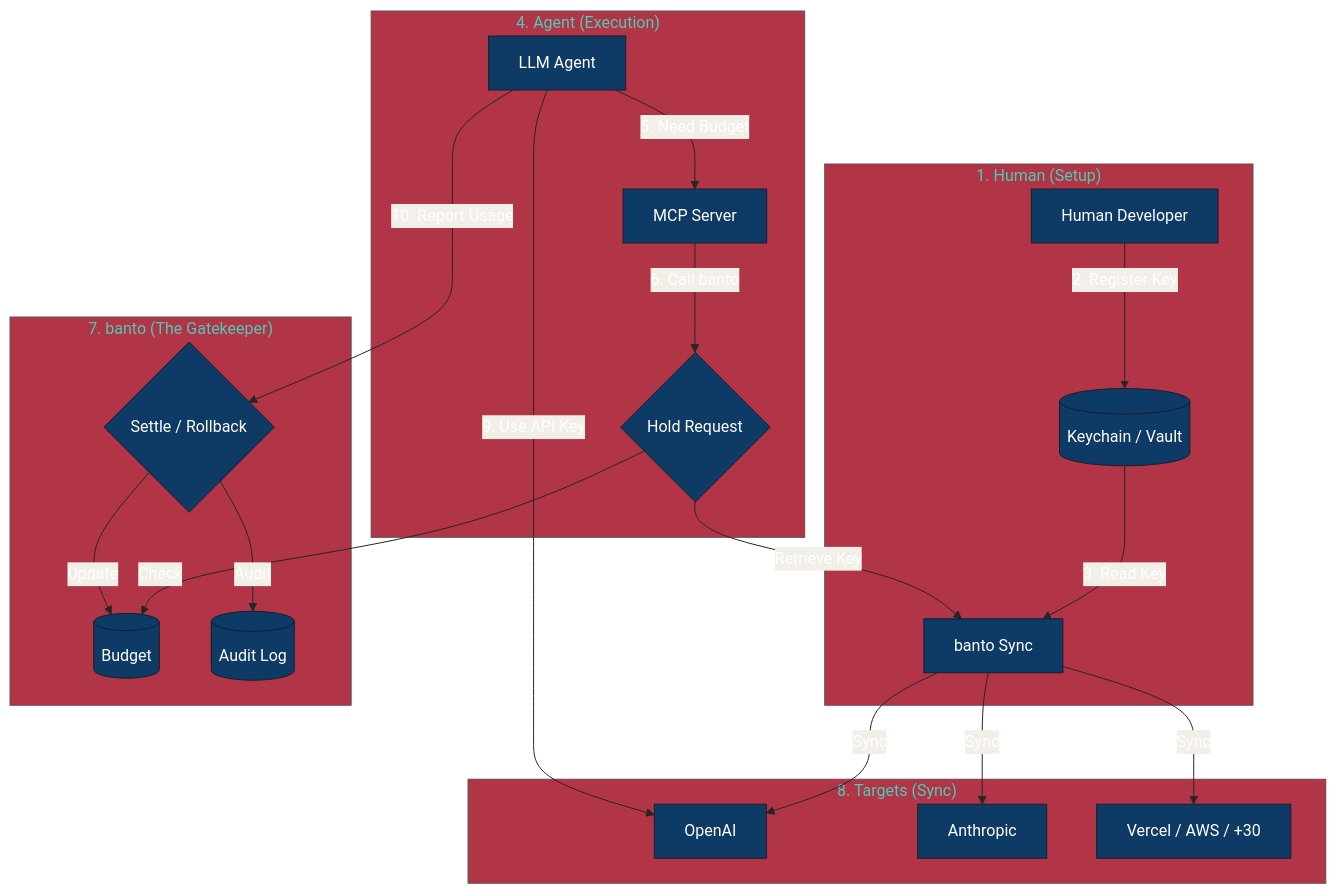
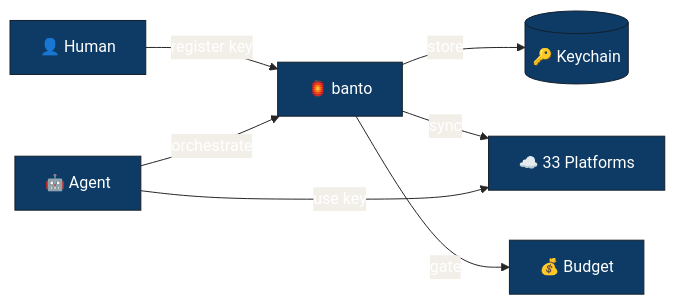
One commit to allnew-llc/banto changed the diagram in README.md. Above: the diagram before and after it, drawn with Mermaid. The commit also changed other lines of this file and 2 other files, not shown here.

Commit message:
design: visual overhaul — conceptual flow, remove implementation noise
Problems fixed:
- Architecture SVG was implementation-heavy (ctypes, stdin, tempfile)
- Mermaid had clashing red (#B13546) — removed tertiaryColor entirely
- Two incompatible visual styles in one README

Changes:
- Replaced architecture.svg with conceptual-flow.png (Gemini-generated)
- Mermaid rewritten as minimal conceptual flow:
  Human → banto → Keychain / 33 Platforms / Budget
  Agent → banto → use key → Platforms
- Only 墨 (#262626) + 藍 (#0D3B66) + 練色 (#F2EFE9) — no red
- Simplified description text (removed implementation details)
- Both EN + JA updated

````diff
--- a/README.md
+++ b/README.md
@@ -29,31 +29,10 @@
 ```mermaid
-%%{init: {'theme': 'base', 'themeVariables': { 'primaryColor': '#0D3B66', 'primaryTextColor': '#fff', 'lineColor': '#262626', 'edgeLabelBackground':'#F2EFE9', 'secondaryColor': '#F2EFE9', 'tertiaryColor': '#B13546'}}}%%
-graph TD
-    subgraph Users ["1. Human (Setup)"]
-        H[Human Developer] -->|2. Register Key| KC[(Keychain / Vault)]
-        KC -->|3. Read Key| C[banto Sync]
-    end
-
-    subgraph Agents ["4. Agent (Execution)"]
-        A[LLM Agent] -->|5. Need Budget| MCP[MCP Server]
-        MCP -->|6. Call banto| B
-    end
-
-    subgraph Banto_Guard ["7. banto (The Gatekeeper)"]
-        B{Hold Request}
-        B -->|Check| V[(Budget)]
-        B -->|Retrieve Key| C
-        D{Settle / Rollback}
-        D -->|Update| V
-        D -->|Audit| L[(Audit Log)]
-    end
-
-    subgraph Targets ["8. Targets (Sync)"]
-        C -->|Sync| T1[OpenAI]
-        C -->|Sync| T2[Anthropic]
-        C -->|Sync| T3[Vercel / AWS / +30]
-    end
-
-    A -->|9. Use API Key| T1
-    A -->|10. Report Usage| D
+%%{init: {'theme': 'base', 'themeVariables': { 'primaryColor': '#0D3B66', 'primaryTextColor': '#fff', 'lineColor': '#262626', 'edgeLabelBackground':'#F2EFE9', 'secondaryColor': '#F2EFE9'}}}%%
+graph LR
+    H["👤 Human"] -->|register key| B["🏮 banto"]
+    A["🤖 Agent"] -->|orchestrate| B
+    B -->|store| K[("🔑 Keychain")]
+    B -->|sync| T["☁️ 33 Platforms"]
+    B -->|gate| BG["💰 Budget"]
+    A -->|use key| T
 ```
````
